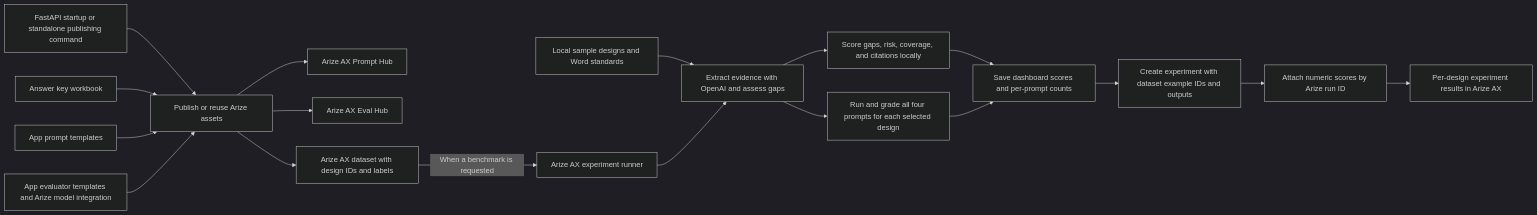
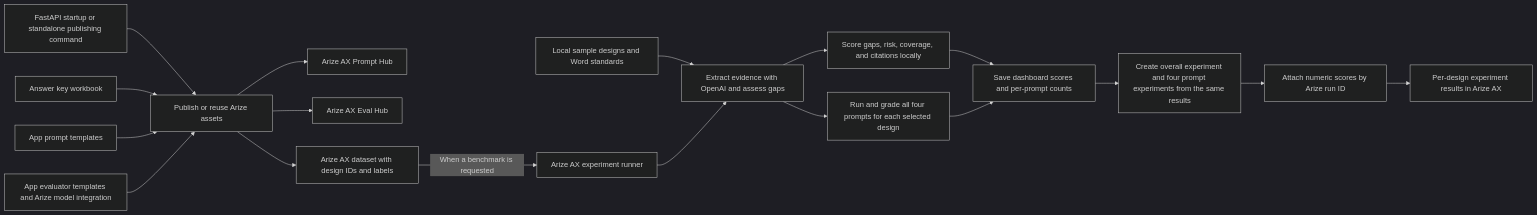
The tenth of 13 diagrams in flowdiagrams.md (girisheduru/archgovasst), drawn with Mermaid (dark theme) before and after one commit. The commit also changed 9 other files, not shown here.

````diff
--- a/flowdiagrams.md
+++ b/flowdiagrams.md
@@ -261,20 +261,20 @@
 ```mermaid
 flowchart LR
     Startup["FastAPI startup or standalone publishing command"] --> Publisher
     Workbook["Answer key workbook"] --> Publisher["Publish or reuse Arize assets"]
     Prompts["App prompt templates"] --> Publisher
     Publisher --> Hub["Arize AX Prompt Hub"]
     Rubrics["App evaluator templates and Arize model integration"] --> Publisher
     Publisher --> EvalHub["Arize AX Eval Hub"]
     Publisher --> Dataset["Arize AX dataset with design IDs and labels"]
     Dataset -->|"When a benchmark is requested"| SDK["Arize AX experiment runner"]
     Docs["Local sample designs and Word standards"] --> Review["Extract evidence with OpenAI and assess gaps"]
     SDK --> Review
     Review --> Score["Score gaps, risk, coverage, and citations locally"]
     Review --> PromptChecks["Run and grade all four prompts for each selected design"]
     Score --> Reports["Save dashboard scores and per-prompt counts"]
     PromptChecks --> Reports
-    Reports --> Upload["Create experiment with dataset example IDs and outputs"]
+    Reports --> Upload["Create overall experiment and four prompt experiments from the same results"]
     Upload --> Annotate["Attach numeric scores by Arize run ID"]
     Annotate --> AX["Per-design experiment results in Arize AX"]
 ```
````
